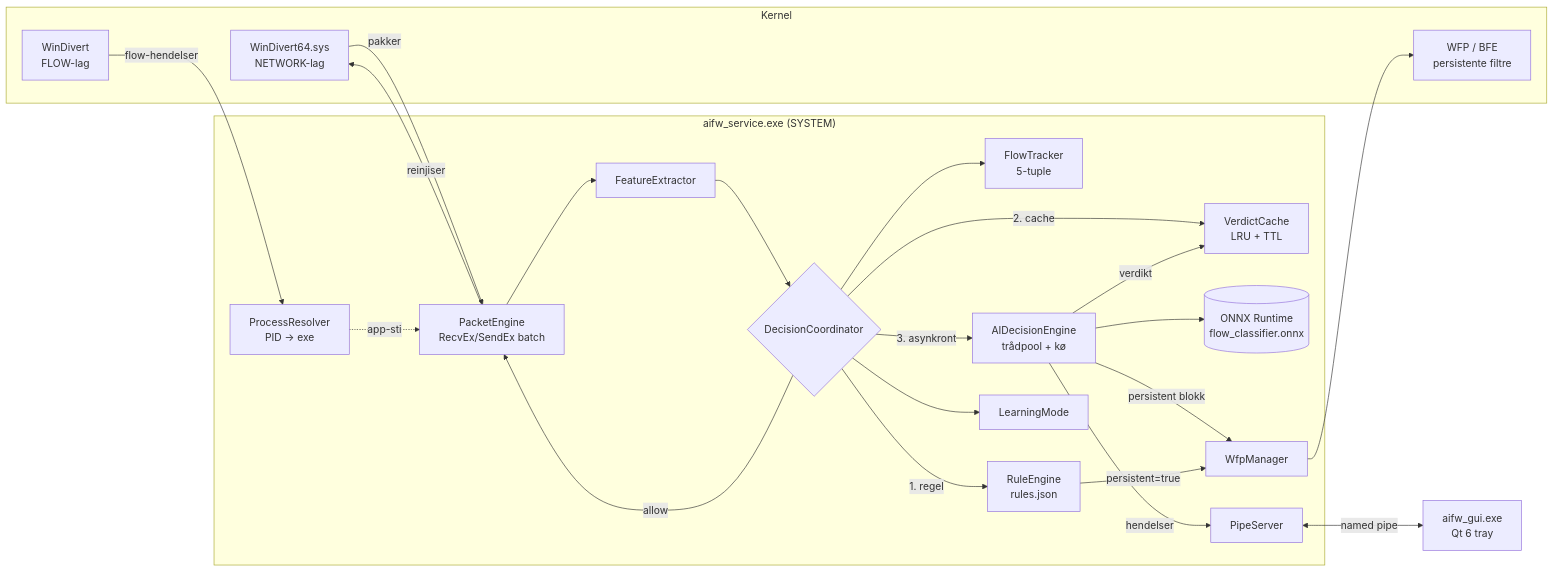
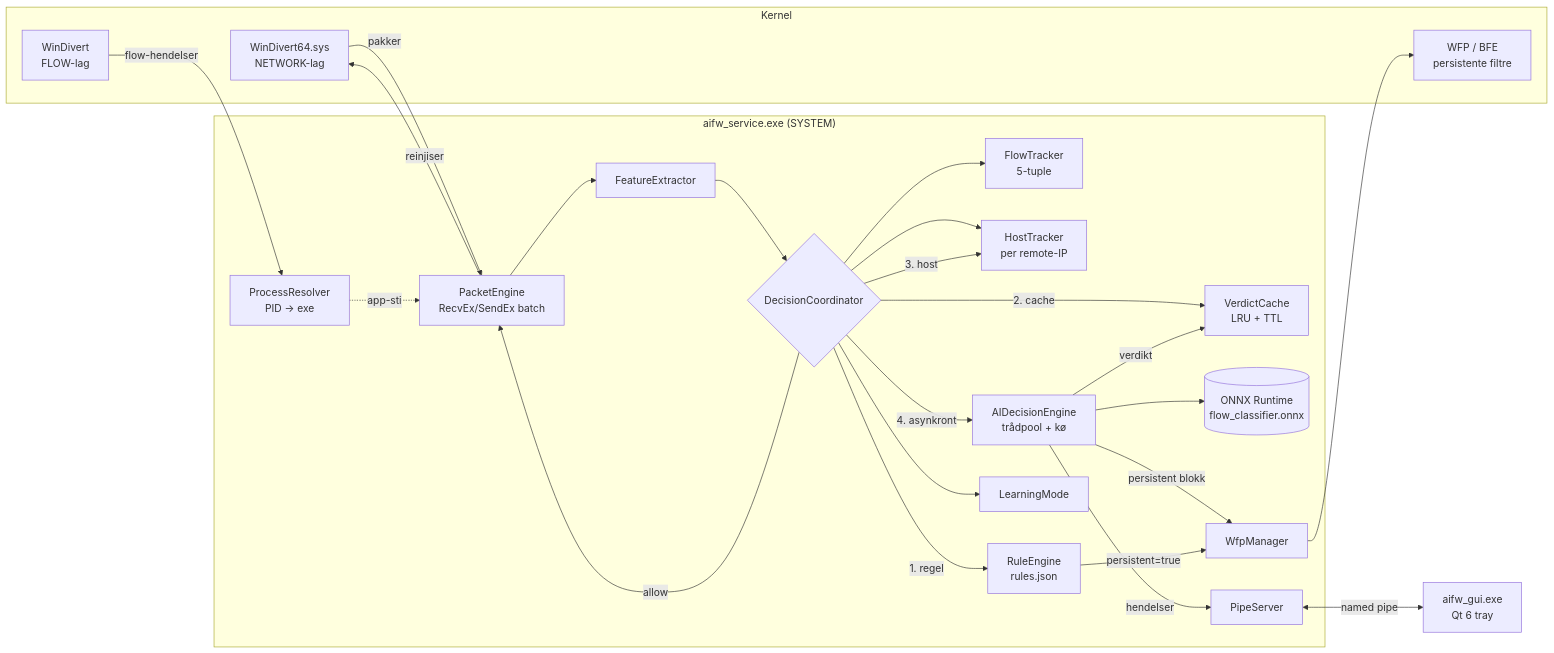
The diagram in README.md (GizzZmo/ai-firewall), drawn with Mermaid before and after one commit. The commit also changed other lines of this file, not shown here.

Commit message:
Document HostTracker and mark roadmap item as done

````diff
--- a/README.md
+++ b/README.md
@@ -31,40 +32,43 @@
 ```mermaid
 flowchart LR
     subgraph Kernel
         WD[WinDivert64.sys<br/>NETWORK-lag]
         WDF[WinDivert<br/>FLOW-lag]
         BFE[WFP / BFE<br/>persistente filtre]
     end
 
     subgraph Service["aifw_service.exe (SYSTEM)"]
         PE[PacketEngine<br/>RecvEx/SendEx batch]
         PR[ProcessResolver<br/>PID → exe]
         FX[FeatureExtractor]
         FT[FlowTracker<br/>5-tuple]
+        HT[HostTracker<br/>per remote-IP]
         DC{DecisionCoordinator}
         RE[RuleEngine<br/>rules.json]
         VC[VerdictCache<br/>LRU + TTL]
         AI[AIDecisionEngine<br/>trådpool + kø]
         OX[(ONNX Runtime<br/>flow_classifier.onnx)]
         LM[LearningMode]
         WM[WfpManager]
         PS[PipeServer]
     end
 
     GUI[aifw_gui.exe<br/>Qt 6 tray]
 
     WD -- pakker --> PE
     WDF -- flow-hendelser --> PR
     PR -. app-sti .-> PE
     PE --> FX --> DC
     DC --> FT
+    DC --> HT
     DC -- 1. regel --> RE
     DC -- 2. cache --> VC
-    DC -- 3. asynkront --> AI --> OX
+    DC -- 3. host --> HT
+    DC -- 4. asynkront --> AI --> OX
     AI -- verdikt --> VC
     DC --> LM
     AI -- persistent blokk --> WM --> BFE
     RE -- persistent=true --> WM
     DC -- allow --> PE -- reinjiser --> WD
     AI -- hendelser --> PS <-- named pipe --> GUI
 ```
````
